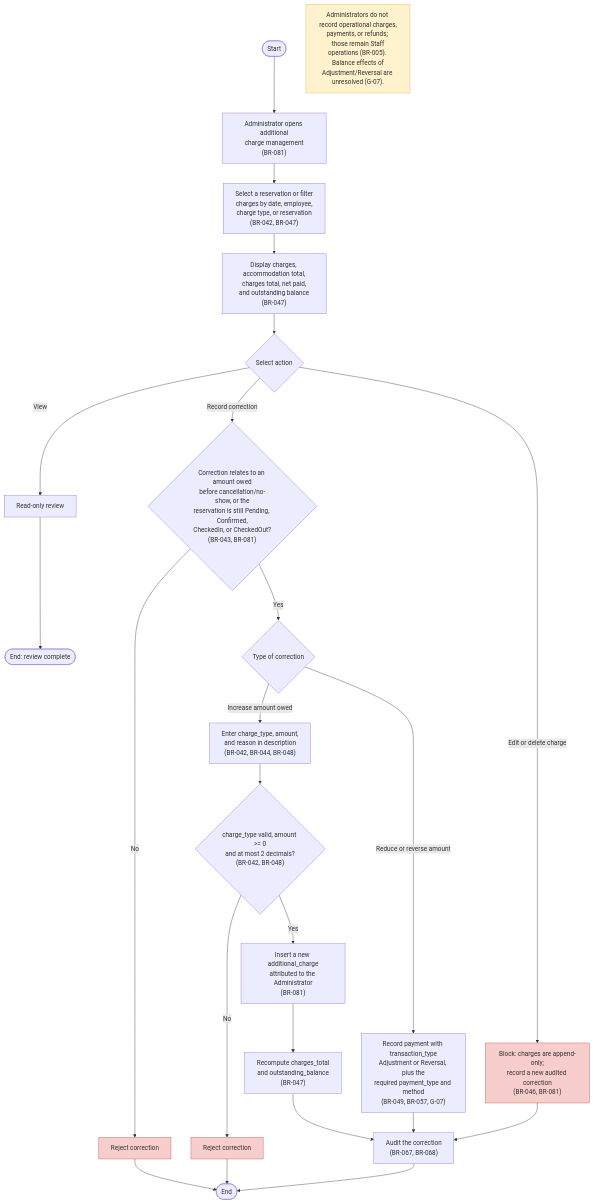
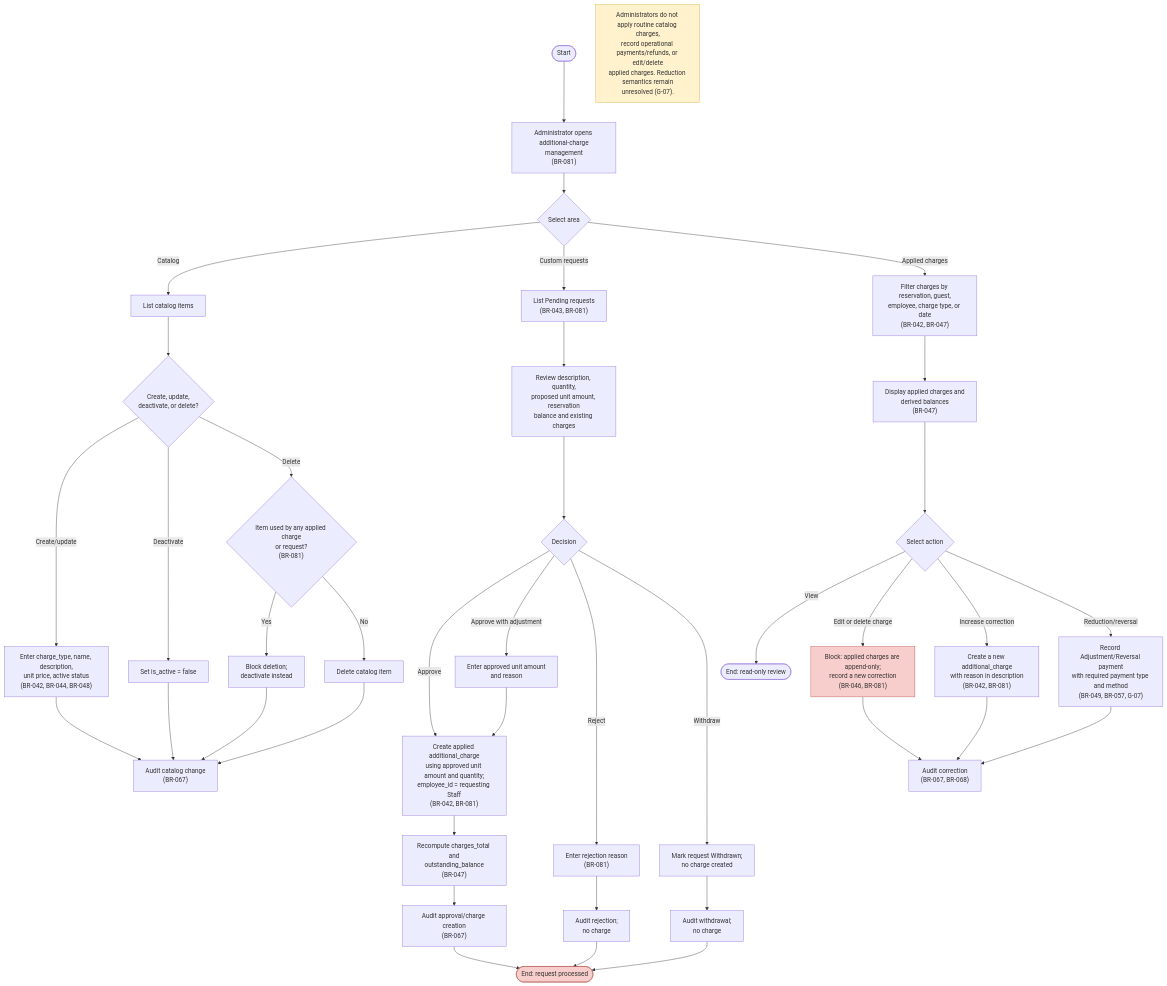
The ninth of 15 diagrams in docs/system_flowcharts.md (EirAndrie/KUBO_ReservationManagementSystem), drawn with Mermaid before and after one commit. The commit also changed other lines of this file and 12 other files, not shown here.

````diff
--- a/docs/system_flowcharts.md
+++ b/docs/system_flowcharts.md
@@ -363,33 +372,49 @@
 ```mermaid
 flowchart TD
-    S([Start]) --> P1["Administrator opens additional<br/>charge management<br/>(BR-081)"]
-    P1 --> P2["Select a reservation or filter<br/>charges by date, employee,<br/>charge type, or reservation<br/>(BR-042, BR-047)"]
-    P2 --> P3["Display charges, accommodation total,<br/>charges total, net paid,<br/>and outstanding balance<br/>(BR-047)"]
-    P3 --> D1{"Select action"}
+    S([Start]) --> P1["Administrator opens additional-charge<br/>management<br/>(BR-081)"]
+    P1 --> D1{"Select area"}
 
-    D1 -->|View| V1["Read-only review"] --> E1([End: review complete])
-    D1 -->|Edit or delete charge| E2["Block: charges are append-only;<br/>record a new audited correction<br/>(BR-046, BR-081)"]
-    D1 -->|Record correction| D2{"Correction relates to an amount owed<br/>before cancellation/no-show, or the<br/>reservation is still Pending, Confirmed,<br/>CheckedIn, or CheckedOut?<br/>(BR-043, BR-081)"}
+    D1 -->|Catalog| C1["List catalog items"]
+    C1 --> C2{"Create, update,<br/>deactivate, or delete?"}
+    C2 -->|Create/update| C3["Enter charge_type, name, description,<br/>unit price, active status<br/>(BR-042, BR-044, BR-048)"]
+    C2 -->|Deactivate| C4["Set is_active = false"]
+    C2 -->|Delete| C5{"Item used by any applied charge<br/>or request?<br/>(BR-081)"}
+    C5 -->|Yes| C6["Block deletion;<br/>deactivate instead"]
+    C5 -->|No| C7["Delete catalog item"]
+    C3 --> A1["Audit catalog change<br/>(BR-067)"]
+    C4 --> A1
+    C6 --> A1
+    C7 --> A1
 
-    D2 -->|No| R1["Reject correction"]
-    D2 -->|Yes| D3{"Type of correction"}
-    D3 -->|Increase amount owed| C1["Enter charge_type, amount,<br/>and reason in description<br/>(BR-042, BR-044, BR-048)"]
-    D3 -->|Reduce or reverse amount| C2["Record payment with transaction_type<br/>Adjustment or Reversal, plus the<br/>required payment_type and method<br/>(BR-049, BR-057, G-07)"]
+    D1 -->|Custom requests| R1["List Pending requests<br/>(BR-043, BR-081)"]
+    R1 --> R2["Review description, quantity,<br/>proposed unit amount, reservation<br/>balance and existing charges"]
+    R2 --> D2{"Decision"}
+    D2 -->|Approve| R3["Create applied additional_charge<br/>using approved unit amount and quantity;<br/>employee_id = requesting Staff<br/>(BR-042, BR-081)"]
+    D2 -->|Approve with adjustment| R4["Enter approved unit amount<br/>and reason"]
+    D2 -->|Reject| R5["Enter rejection reason<br/>(BR-081)"]
+    D2 -->|Withdraw| R6["Mark request Withdrawn;<br/>no charge created"]
+    R4 --> R3
+    R3 --> P2["Recompute charges_total and<br/>outstanding_balance<br/>(BR-047)"]
+    P2 --> A2["Audit approval/charge creation<br/>(BR-067)"]
+    R5 --> A3["Audit rejection;<br/>no charge"]
+    R6 --> A4["Audit withdrawal;<br/>no charge"]
+    A2 --> E1([End: request processed])
+    A3 --> E1
+    A4 --> E1
 
-    C1 --> V2{"charge_type valid, amount >= 0<br/>and at most 2 decimals?<br/>(BR-042, BR-048)"}
-    V2 -->|No| R2["Reject correction"]
-    V2 -->|Yes| C3["Insert a new additional_charge<br/>attributed to the Administrator<br/>(BR-081)"]
-    C3 --> P4["Recompute charges_total<br/>and outstanding_balance<br/>(BR-047)"]
-    P4 --> AUD["Audit the correction<br/>(BR-067, BR-068)"]
-    C2 --> AUD
-    E2 --> AUD
-    R1 --> E([End])
-    R2 --> E
-    AUD --> E
+    D1 -->|Applied charges| V1["Filter charges by reservation, guest,<br/>employee, charge type, or date<br/>(BR-042, BR-047)"]
+    V1 --> V2["Display applied charges and<br/>derived balances<br/>(BR-047)"]
+    V2 --> D3{"Select action"}
+    D3 -->|View| E2([End: read-only review])
+    D3 -->|Edit or delete charge| E3["Block: applied charges are append-only;<br/>record a new correction<br/>(BR-046, BR-081)"]
+    D3 -->|Increase correction| I1["Create a new additional_charge<br/>with reason in description<br/>(BR-042, BR-081)"]
+    D3 -->|Reduction/reversal| I2["Record Adjustment/Reversal payment<br/>with required payment type and method<br/>(BR-049, BR-057, G-07)"]
+    I1 --> A5["Audit correction<br/>(BR-067, BR-068)"]
+    I2 --> A5
+    E3 --> A5
 
-    N1["Administrators do not record operational charges,<br/>payments, or refunds; those remain Staff<br/>operations (BR-005). Balance effects of<br/>Adjustment/Reversal are unresolved (G-07)."]
+    N1["Administrators do not apply routine catalog charges,<br/>record operational payments/refunds, or edit/delete<br/>applied charges. Reduction semantics remain<br/>unresolved (G-07)."]
     style N1 fill:#fff2cc,stroke:#d6b656
-    style E2 fill:#f8cecc,stroke:#b85450
-    style R1 fill:#f8cecc,stroke:#b85450
-    style R2 fill:#f8cecc,stroke:#b85450
+    style E1 fill:#f8cecc,stroke:#b85450
+    style E3 fill:#f8cecc,stroke:#b85450
 ```
````
